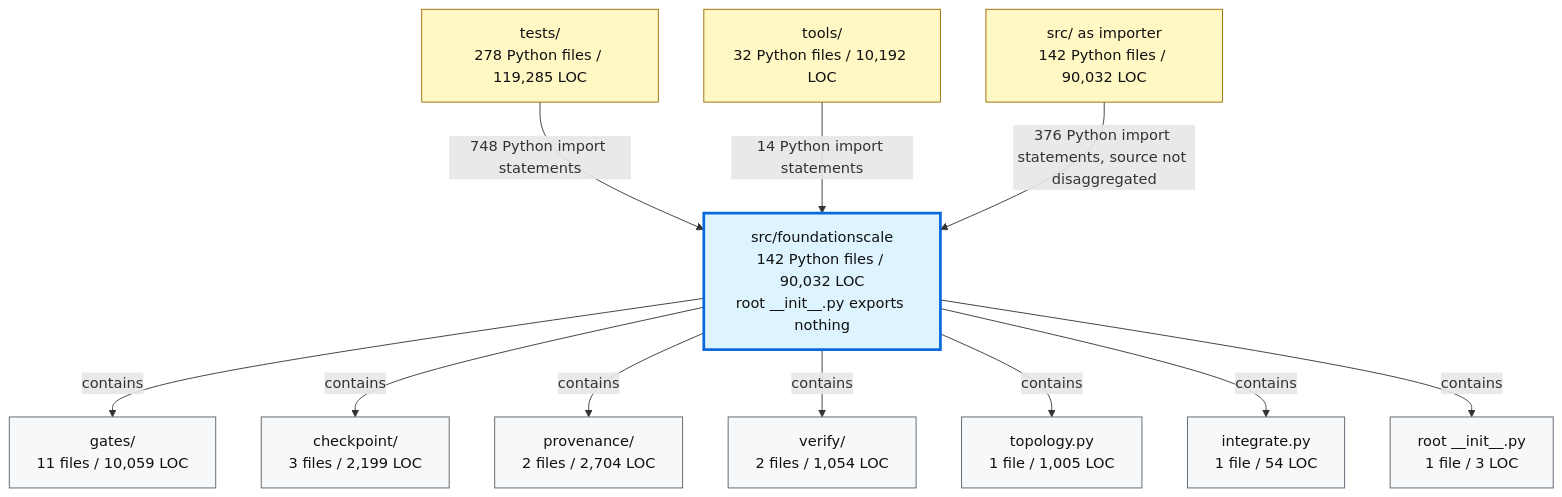
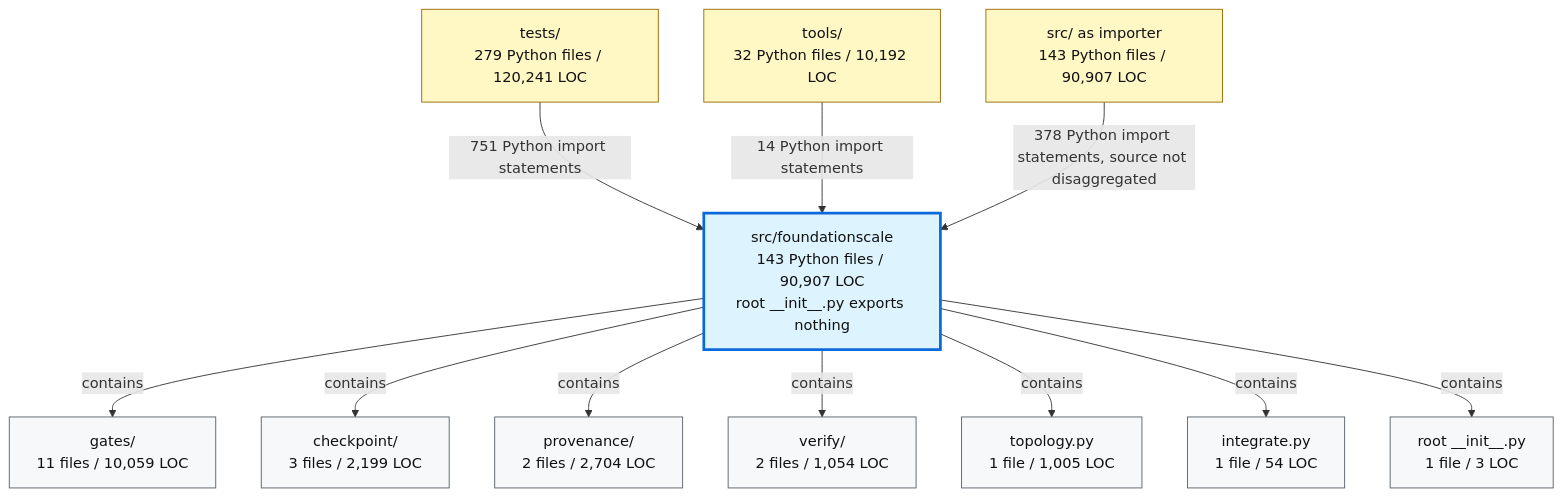
Before and after one commit to TranNhiem/FoundationScale: the second of 2 diagrams in docs/review/D2_current_architecture.md, drawn with Mermaid. The commit also changed other lines of this file and 13 other files, not shown here.

````diff
--- a/docs/review/D2_current_architecture.md
+++ b/docs/review/D2_current_architecture.md
@@ -97,36 +97,36 @@
 ```mermaid
 flowchart TB
-  TESTS["tests/<br/>278 Python files / 119,285 LOC"]
+  TESTS["tests/<br/>279 Python files / 120,241 LOC"]
   TOOLS["tools/<br/>32 Python files / 10,192 LOC"]
-  SRC["src/ as importer<br/>142 Python files / 90,032 LOC"]
+  SRC["src/ as importer<br/>143 Python files / 90,907 LOC"]
 
-  FS["src/foundationscale<br/>142 Python files / 90,032 LOC<br/>root __init__.py exports nothing"]
+  FS["src/foundationscale<br/>143 Python files / 90,907 LOC<br/>root __init__.py exports nothing"]
 
   GATES["gates/<br/>11 files / 10,059 LOC"]
   CKPT["checkpoint/<br/>3 files / 2,199 LOC"]
   PROV["provenance/<br/>2 files / 2,704 LOC"]
   VERIFY["verify/<br/>2 files / 1,054 LOC"]
   TOPO["topology.py<br/>1 file / 1,005 LOC"]
   INTEG["integrate.py<br/>1 file / 54 LOC"]
   ROOT["root __init__.py<br/>1 file / 3 LOC"]
 
-  TESTS -->|"748 Python import statements"| FS
+  TESTS -->|"751 Python import statements"| FS
   TOOLS -->|"14 Python import statements"| FS
-  SRC -->|"376 Python import statements, source not disaggregated"| FS
+  SRC -->|"378 Python import statements, source not disaggregated"| FS
 
   FS -->|"contains"| GATES
   FS -->|"contains"| CKPT
   FS -->|"contains"| PROV
   FS -->|"contains"| VERIFY
   FS -->|"contains"| TOPO
   FS -->|"contains"| INTEG
   FS -->|"contains"| ROOT
 
   classDef consumer fill:#fff8c5,stroke:#9a6700,color:#111;
   classDef package fill:#ddf4ff,stroke:#0969da,stroke-width:3px,color:#111;
   classDef module fill:#f6f8fa,stroke:#57606a,color:#111;
 
   class TESTS,TOOLS,SRC consumer;
   class FS package;
   class GATES,CKPT,PROV,VERIFY,TOPO,INTEG,ROOT module;
 ```
````
